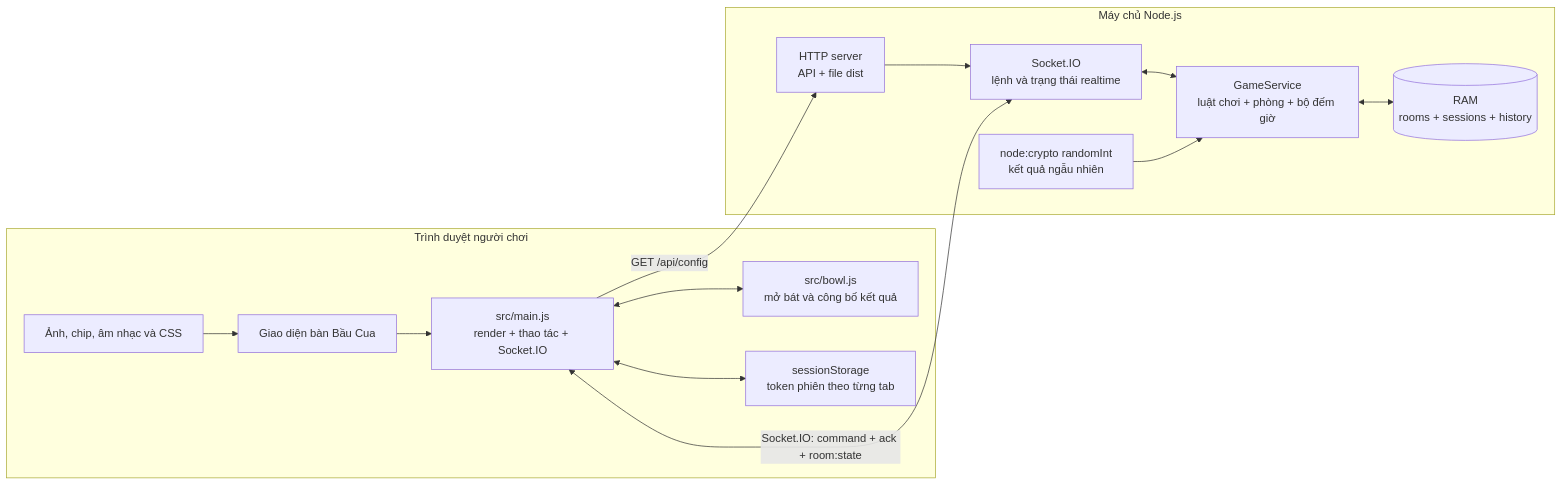
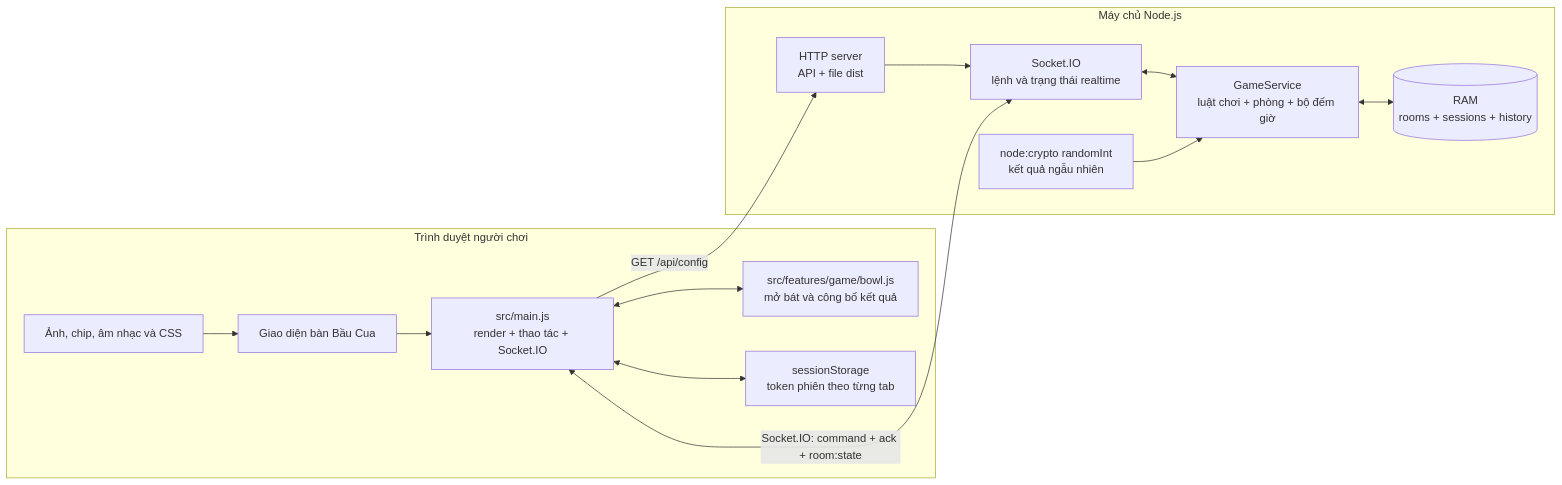
The first of 6 diagrams in docs/TONG_HOP_CHUC_NANG_VA_SO_DO.md (NamICT135/BAU-CUA-ARENA-ONLINE), drawn with Mermaid before and after one commit. The commit also changed other lines of this file and 132 other files, not shown here.

````diff
--- a/docs/TONG_HOP_CHUC_NANG_VA_SO_DO.md
+++ b/docs/TONG_HOP_CHUC_NANG_VA_SO_DO.md
@@ -18,29 +18,29 @@
 ```mermaid
 flowchart LR
     subgraph CLIENT[Trình duyệt người chơi]
         UI[Giao diện bàn Bầu Cua]
         MAIN[src/main.js<br/>render + thao tác + Socket.IO]
-        BOWL[src/bowl.js<br/>mở bát và công bố kết quả]
+        BOWL[src/features/game/bowl.js<br/>mở bát và công bố kết quả]
         STORE[sessionStorage<br/>token phiên theo từng tab]
         ASSET[Ảnh, chip, âm nhạc và CSS]
         UI --> MAIN
         MAIN <--> BOWL
         MAIN <--> STORE
         ASSET --> UI
     end
 
     subgraph SERVER[Máy chủ Node.js]
         HTTP[HTTP server<br/>API + file dist]
         SOCKET[Socket.IO<br/>lệnh và trạng thái realtime]
         GAME[GameService<br/>luật chơi + phòng + bộ đếm giờ]
         MEMORY[(RAM<br/>rooms + sessions + history)]
         RNG[node:crypto randomInt<br/>kết quả ngẫu nhiên]
         HTTP --> SOCKET
         SOCKET <--> GAME
         GAME <--> MEMORY
         RNG --> GAME
     end
 
     MAIN <-->|Socket.IO: command + ack + room:state| SOCKET
     MAIN -->|GET /api/config| HTTP
 ```
````
